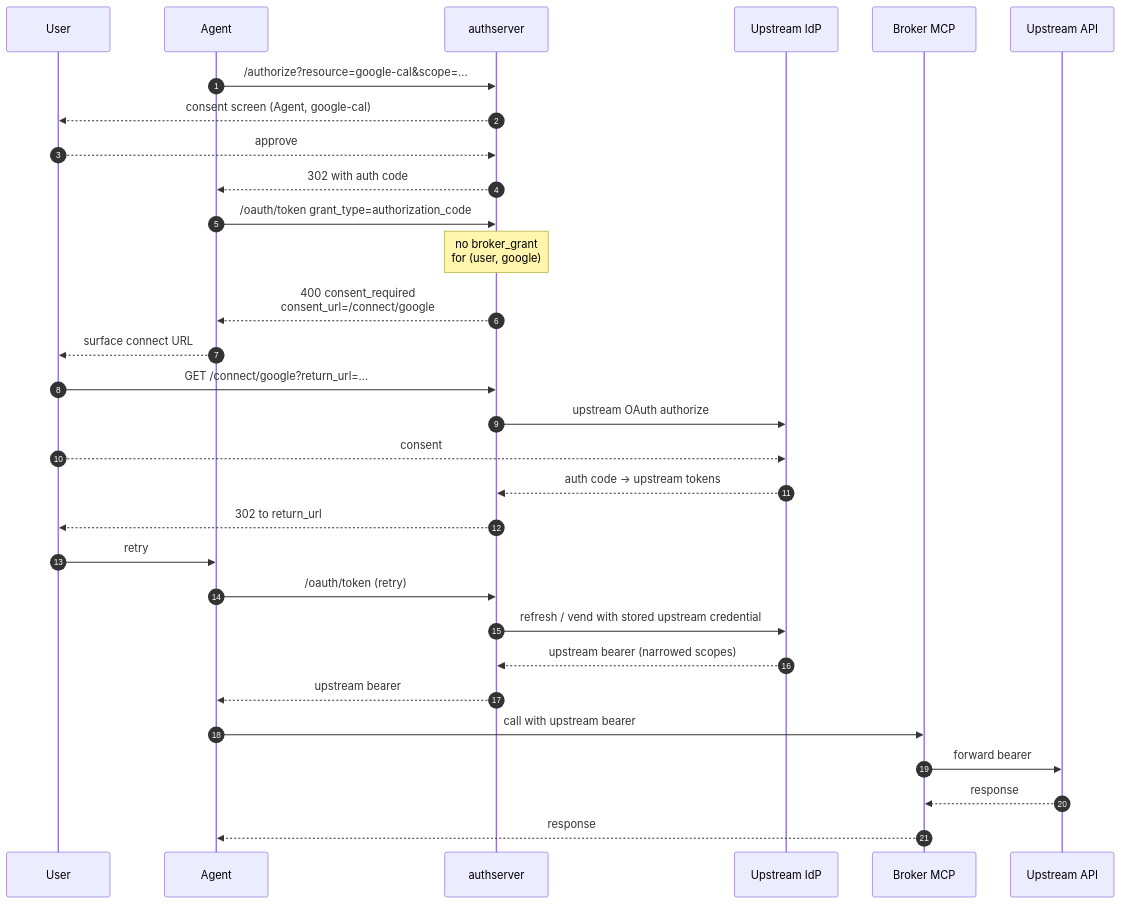
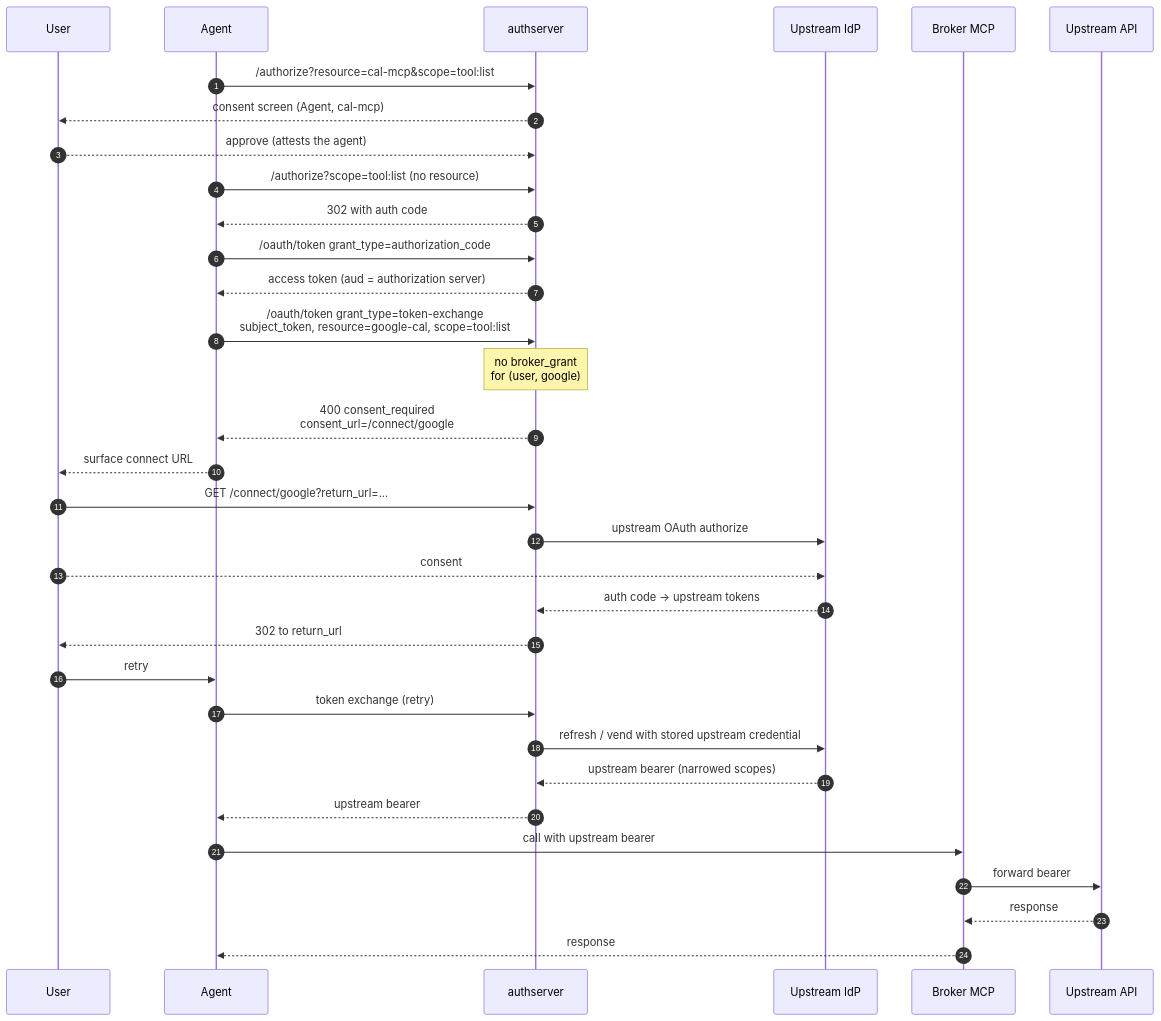
One commit to AuthPlane/authserver changed the second of 3 diagrams in docs/topologies/broker-mcp.md. Above: the diagram before and after it, drawn with Mermaid. The commit also changed other lines of this file and 215 other files, not shown here.

Commit message:
Authplane Authorization Server v0.2.2

````diff
--- a/docs/topologies/broker-mcp.md
+++ b/docs/topologies/broker-mcp.md
@@ -63,33 +73,36 @@
 ```mermaid
 sequenceDiagram
     autonumber
     participant U as User
     participant Ag as Agent
     participant AS as authserver
     participant IdP as Upstream IdP
     participant BMCP as Broker MCP
     participant API as Upstream API
 
-    Ag->>AS: /authorize?resource=google-cal&scope=...
-    AS-->>U: consent screen (Agent, google-cal)
-    U-->>AS: approve
+    Ag->>AS: /authorize?resource=cal-mcp&scope=tool:list
+    AS-->>U: consent screen (Agent, cal-mcp)
+    U-->>AS: approve (attests the agent)
+    Ag->>AS: /authorize?scope=tool:list (no resource)
     AS-->>Ag: 302 with auth code
     Ag->>AS: /oauth/token grant_type=authorization_code
+    AS-->>Ag: access token (aud = authorization server)
+    Ag->>AS: /oauth/token grant_type=token-exchange<br/>subject_token, resource=google-cal, scope=tool:list
     Note over AS: no broker_grant<br/>for (user, google)
     AS-->>Ag: 400 consent_required<br/>consent_url=/connect/google
     Ag-->>U: surface connect URL
     U->>AS: GET /connect/google?return_url=...
     AS->>IdP: upstream OAuth authorize
     U-->>IdP: consent
     IdP-->>AS: auth code → upstream tokens
     AS-->>U: 302 to return_url
     U->>Ag: retry
-    Ag->>AS: /oauth/token (retry)
+    Ag->>AS: token exchange (retry)
     AS->>IdP: refresh / vend with stored upstream credential
     IdP-->>AS: upstream bearer (narrowed scopes)
     AS-->>Ag: upstream bearer
     Ag->>BMCP: call with upstream bearer
     BMCP->>API: forward bearer
     API-->>BMCP: response
     BMCP-->>Ag: response
 ```
````
